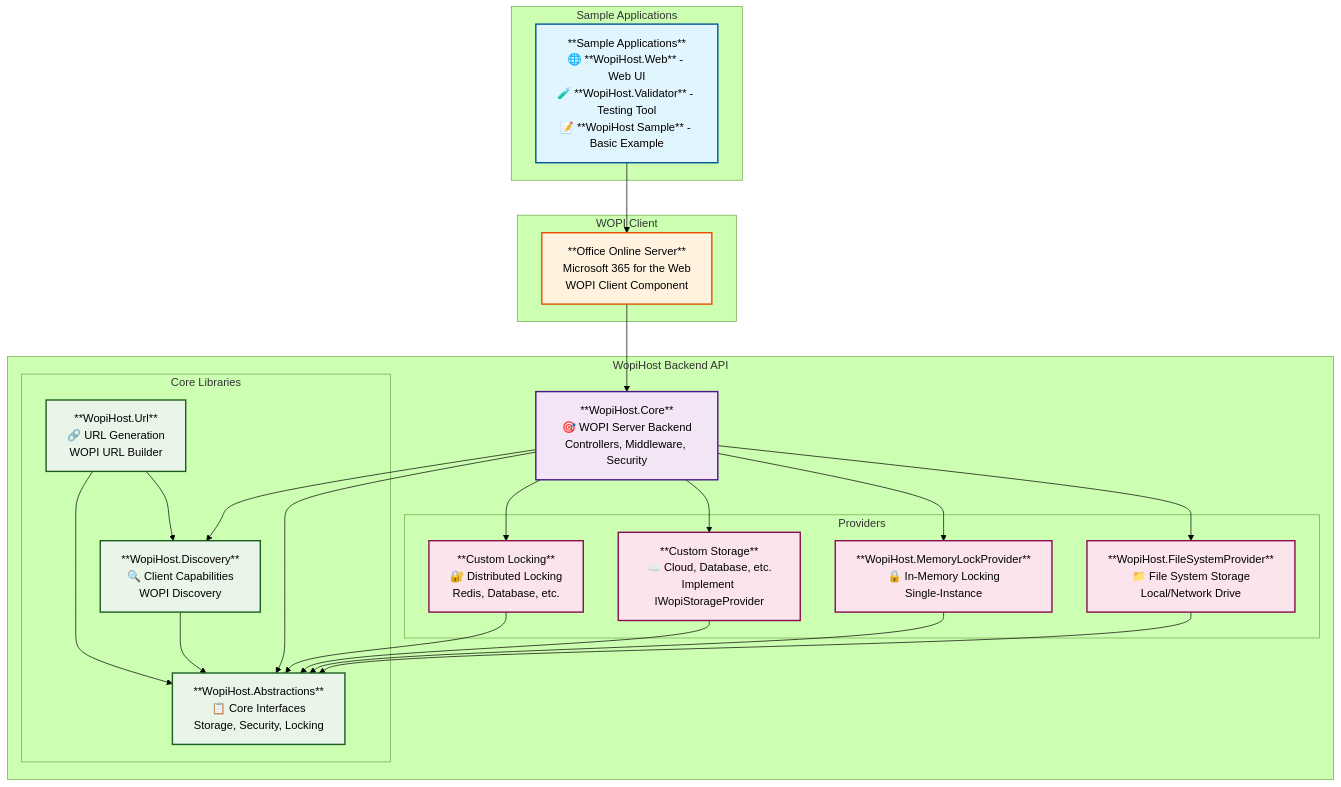
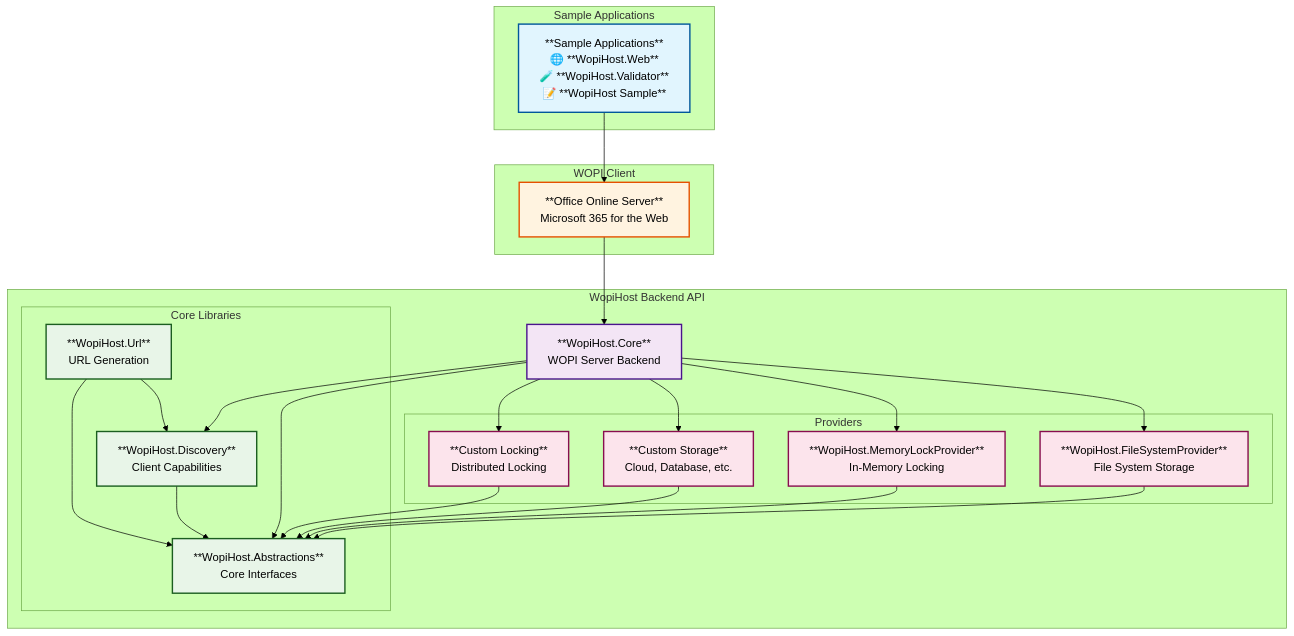
The diagram in README.md (petrsvihlik/WopiHost), drawn with Mermaid (forest theme) before and after one commit.

````diff
--- a/README.md
+++ b/README.md
@@ -30,67 +30,67 @@
 ```mermaid
 graph TB
     subgraph "Sample Applications"
-        SampleApps["**Sample Applications**<br/>🌐 **WopiHost.Web** - Web UI<br/>🧪 **WopiHost.Validator** - Testing Tool<br/>📝 **WopiHost Sample** - Basic Example"]
+        SampleApps["**Sample Applications**<br/>🌐 **WopiHost.Web**<br/>🧪 **WopiHost.Validator**<br/>📝 **WopiHost Sample**"]
     end
     
     subgraph "WOPI Client"
-        OOS["**Office Online Server**<br/>Microsoft 365 for the Web<br/>WOPI Client Component"]
+        OOS["**Office Online Server**<br/>Microsoft 365 for the Web"]
     end
     
     subgraph "WopiHost Backend API"
-        Core["**WopiHost.Core**<br/>🎯 WOPI Server Backend<br/>Controllers, Middleware, Security"]
+        Core["**WopiHost.Core**<br/>WOPI Server Backend"]
         
         subgraph "Core Libraries"
-            Abstractions["**WopiHost.Abstractions**<br/>📋 Core Interfaces<br/>Storage, Security, Locking"]
-            Discovery["**WopiHost.Discovery**<br/>🔍 Client Capabilities<br/>WOPI Discovery"]
-            Url["**WopiHost.Url**<br/>🔗 URL Generation<br/>WOPI URL Builder"]
+            Abstractions["**WopiHost.Abstractions**<br/>Core Interfaces"]
+            Discovery["**WopiHost.Discovery**<br/>Client Capabilities"]
+            Url["**WopiHost.Url**<br/>URL Generation"]
         end
         
         subgraph "Providers"
-            FileSystem["**WopiHost.FileSystemProvider**<br/>📁 File System Storage<br/>Local/Network Drive"]
-            MemoryLock["**WopiHost.MemoryLockProvider**<br/>🔒 In-Memory Locking<br/>Single-Instance"]
-            CustomStorage["**Custom Storage**<br/>☁️ Cloud, Database, etc.<br/>Implement IWopiStorageProvider"]
-            CustomLock["**Custom Locking**<br/>🔐 Distributed Locking<br/>Redis, Database, etc."]
+            FileSystem["**WopiHost.FileSystemProvider**<br/>File System Storage"]
+            MemoryLock["**WopiHost.MemoryLockProvider**<br/>In-Memory Locking"]
+            CustomStorage["**Custom Storage**<br/>Cloud, Database, etc."]
+            CustomLock["**Custom Locking**<br/>Distributed Locking"]
         end
     end
     
     %% Sample apps embed WOPI client
     SampleApps --> OOS
     
     %% WOPI client depends on WopiHost backend
     OOS --> Core
     
     %% Core dependencies
     Core --> Abstractions
     Core --> Discovery
     
     %% Library dependencies
     Discovery --> Abstractions
     Url --> Discovery
     Url --> Abstractions
     
     %% Provider implementations
     FileSystem --> Abstractions
     MemoryLock --> Abstractions
     CustomStorage --> Abstractions
     CustomLock --> Abstractions
     
     %% Core uses providers
     Core --> FileSystem
     Core --> MemoryLock
     Core --> CustomStorage
     Core --> CustomLock
     
     %% Styling
     classDef sampleApp fill:#e1f5fe,stroke:#01579b,stroke-width:2px
     classDef wopiClient fill:#fff3e0,stroke:#e65100,stroke-width:2px
     classDef coreModule fill:#f3e5f5,stroke:#4a148c,stroke-width:2px
     classDef libraryModule fill:#e8f5e8,stroke:#1b5e20,stroke-width:2px
     classDef providerModule fill:#fce4ec,stroke:#880e4f,stroke-width:2px
     
     class SampleApps sampleApp
     class OOS wopiClient
     class Core coreModule
     class Abstractions,Discovery,Url libraryModule
     class FileSystem,MemoryLock,CustomStorage,CustomLock providerModule
 ```
````
